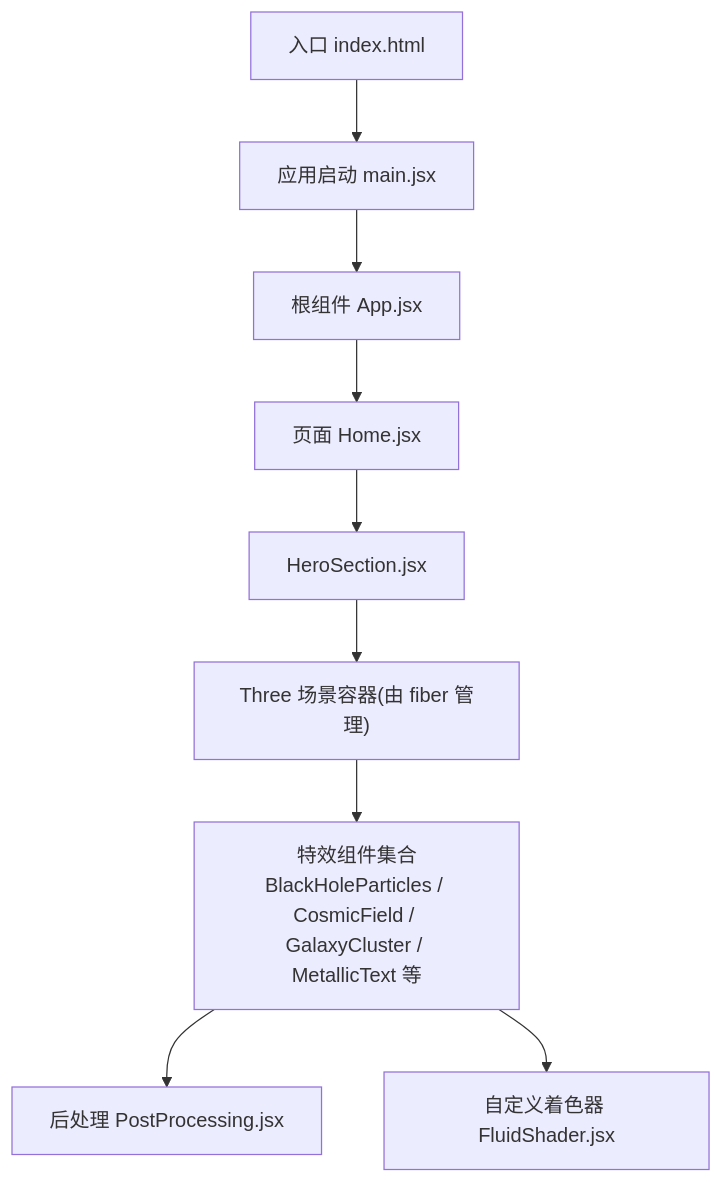
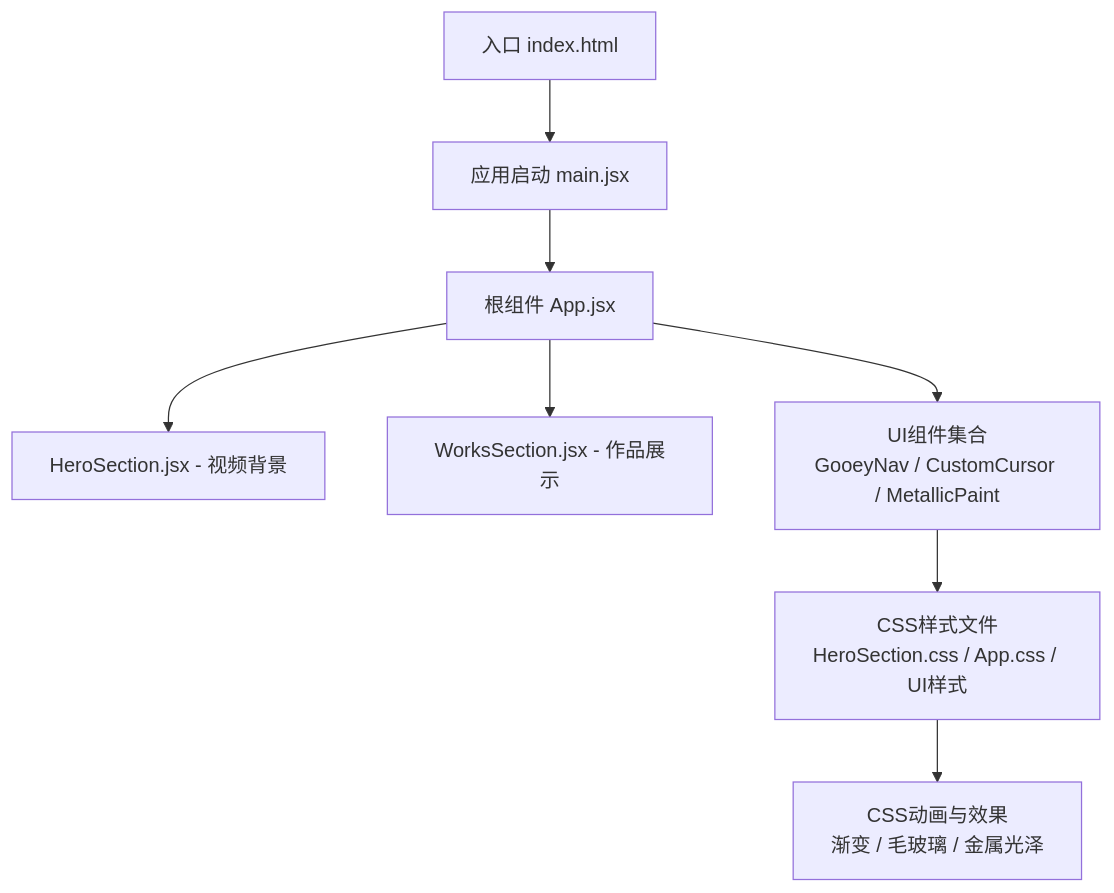
One commit to lithos666/lithos666.github.io changed the first of 4 diagrams in .qoder/repowiki/zh/content/3D渲染系统/3D渲染系统.md. Above: the diagram before and after it, drawn with Mermaid. The commit also changed other lines of this file and 51 other files, not shown here.

````diff
--- a/.qoder/repowiki/zh/content/3D渲染系统/3D渲染系统.md
+++ b/.qoder/repowiki/zh/content/3D渲染系统/3D渲染系统.md
@@ -52,11 +50,10 @@
 ```mermaid
 graph TB
 A["入口 index.html"] --> B["应用启动 main.jsx"]
 B --> C["根组件 App.jsx"]
-C --> D["页面 Home.jsx"]
-D --> E["HeroSection.jsx"]
-E --> F["Three 场景容器(由 fiber 管理)"]
-F --> G["特效组件集合<br/>BlackHoleParticles / CosmicField / GalaxyCluster / MetallicText 等"]
-G --> H["后处理 PostProcessing.jsx"]
-G --> I["自定义着色器 FluidShader.jsx"]
+C --> D["HeroSection.jsx - 视频背景"]
+C --> E["WorksSection.jsx - 作品展示"]
+C --> F["UI组件集合<br/>GooeyNav / CustomCursor / MetallicPaint"]
+F --> G["CSS样式文件<br/>HeroSection.css / App.css / UI样式"]
+G --> H["CSS动画与效果<br/>渐变 / 毛玻璃 / 金属光泽"]
 ```
````
